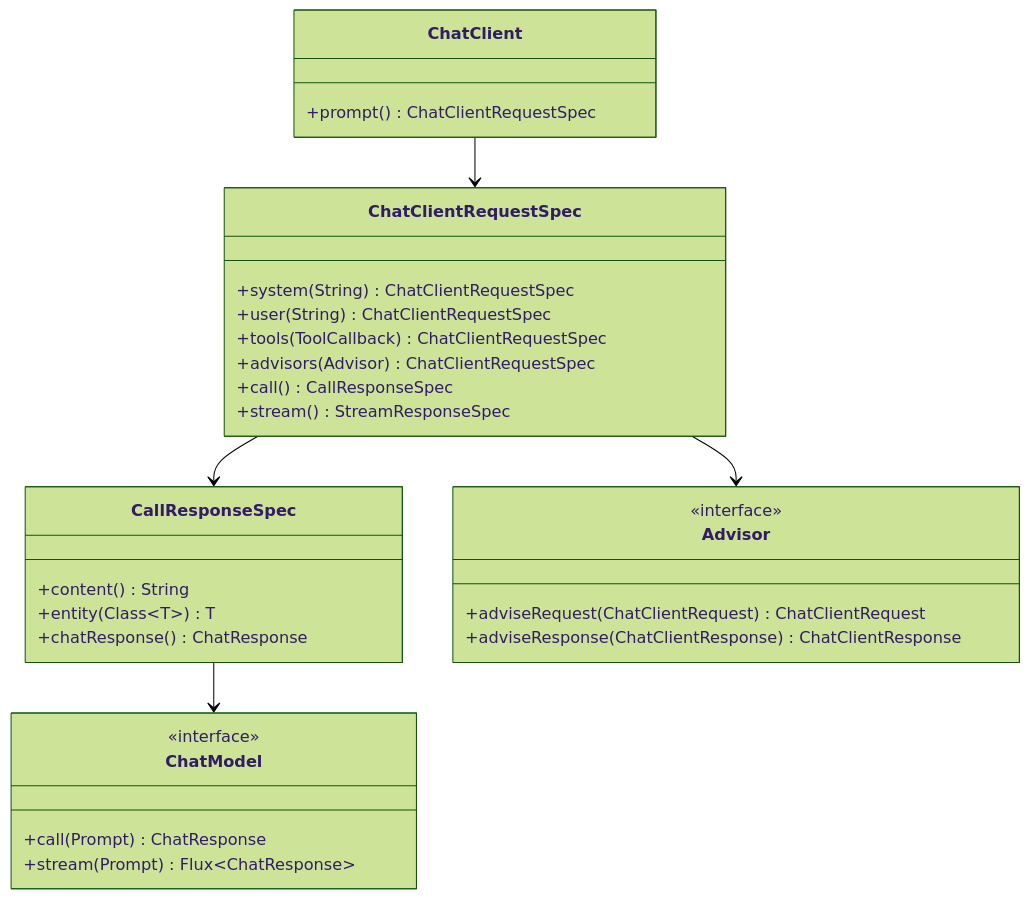
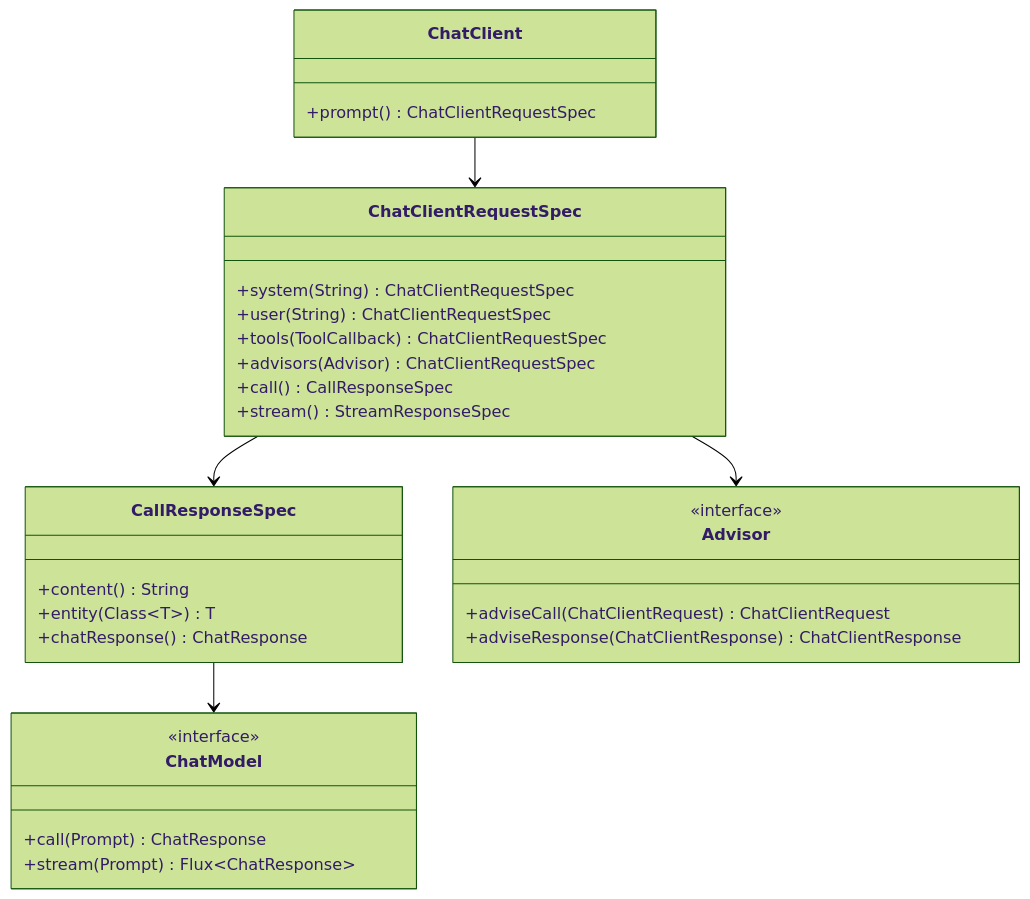
Before and after one commit to UranusGit/java-agent-learn: the second of 6 diagrams in docs/附录/03-Spring-AI源码解析/00-ChatClient源码.md, drawn with Mermaid (forest theme). The commit also changed other lines of this file and 206 other files, not shown here.

````diff
--- a/docs/附录/03-Spring-AI源码解析/00-ChatClient源码.md
+++ b/docs/附录/03-Spring-AI源码解析/00-ChatClient源码.md
@@ -44,38 +46,38 @@
 ```mermaid
 classDiagram
     class ChatClient {
         +prompt() ChatClientRequestSpec
     }
 
     class ChatClientRequestSpec {
         +system(String) ChatClientRequestSpec
         +user(String) ChatClientRequestSpec
         +tools(ToolCallback) ChatClientRequestSpec
         +advisors(Advisor) ChatClientRequestSpec
         +call() CallResponseSpec
         +stream() StreamResponseSpec
     }
 
     class CallResponseSpec {
         +content() String
         +entity(Class~T~) T
         +chatResponse() ChatResponse
     }
 
     class ChatModel {
         <<interface>>
         +call(Prompt) ChatResponse
         +stream(Prompt) Flux~ChatResponse~
     }
 
     class Advisor {
         <<interface>>
-        +adviseRequest(ChatClientRequest) ChatClientRequest
+        +adviseCall(ChatClientRequest) ChatClientRequest
         +adviseResponse(ChatClientResponse) ChatClientResponse
     }
 
     ChatClient --> ChatClientRequestSpec
     ChatClientRequestSpec --> CallResponseSpec
     CallResponseSpec --> ChatModel
     ChatClientRequestSpec --> Advisor
 ```
````
